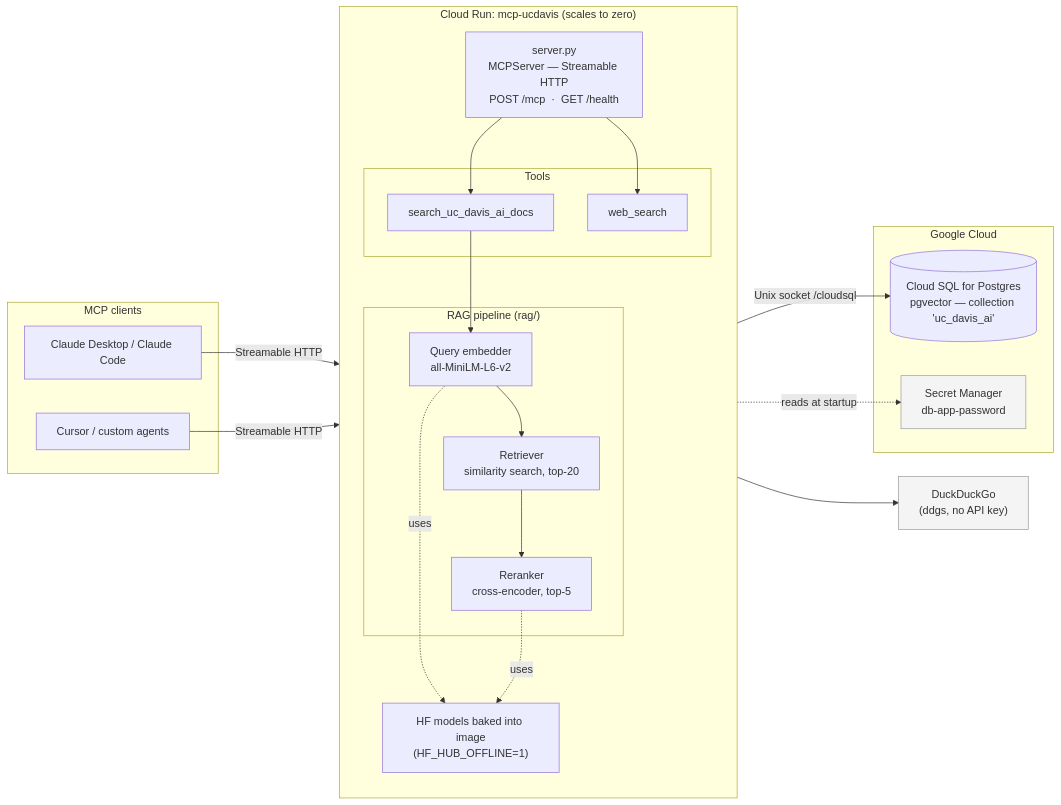
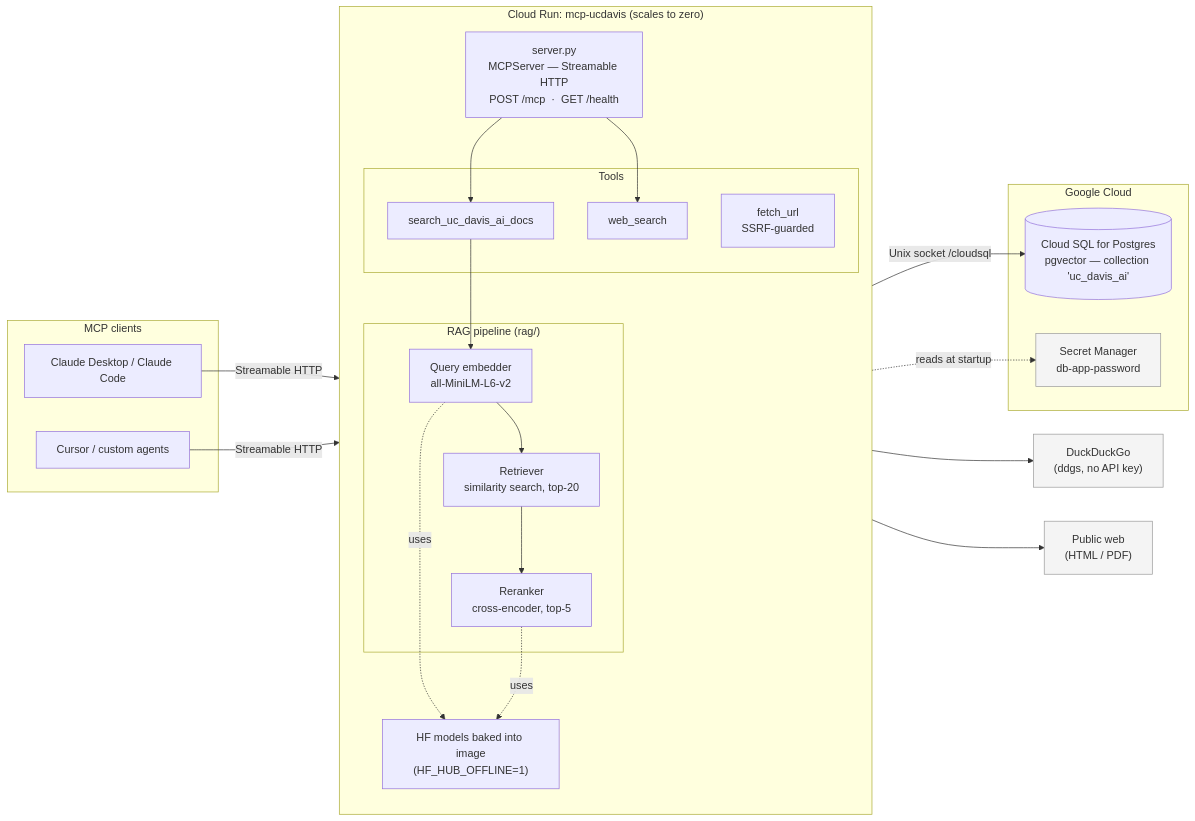
Before and after one commit to rithvikkatpelly/MCP_UCDavis: the first of 3 diagrams in README.md, drawn with Mermaid. The commit also changed other lines of this file and 9 other files, not shown here.

First line of the commit message:
Add fetch_url tool: SSRF-guarded URL fetch + HTML/PDF text extraction

````diff
--- a/README.md
+++ b/README.md
@@ -26,41 +27,44 @@
 ```mermaid
 flowchart LR
     subgraph clients["MCP clients"]
         C1["Claude Desktop / Claude Code"]
         C2["Cursor / custom agents"]
     end
 
     subgraph cr["Cloud Run: mcp-ucdavis (scales to zero)"]
         direction TB
         S["server.py<br/>MCPServer &mdash; Streamable HTTP<br/>POST /mcp &nbsp;&middot;&nbsp; GET /health"]
         subgraph tools["Tools"]
             T1["search_uc_davis_ai_docs"]
             T2["web_search"]
+            T3["fetch_url<br/>SSRF-guarded"]
         end
         subgraph rag["RAG pipeline (rag/)"]
             EMB["Query embedder<br/>all-MiniLM-L6-v2"]
             RET["Retriever<br/>similarity search, top-20"]
             RR["Reranker<br/>cross-encoder, top-5"]
         end
         MODELS["HF models baked into image<br/>(HF_HUB_OFFLINE=1)"]
         S --> T1 --> EMB --> RET --> RR
         S --> T2
         EMB -.uses.-> MODELS
         RR -.uses.-> MODELS
     end
 
     subgraph gcp["Google Cloud"]
         DB[("Cloud SQL for Postgres<br/>pgvector &mdash; collection 'uc_davis_ai'")]
         SM["Secret Manager<br/>db-app-password"]
     end
 
     DDG["DuckDuckGo<br/>(ddgs, no API key)"]
+    WEB["Public web<br/>(HTML / PDF)"]
 
     C1 & C2 -- "Streamable HTTP" --> S
     RET -- "Unix socket /cloudsql" --> DB
     T2 --> DDG
+    T3 --> WEB
     cr -. "reads at startup" .-> SM
 
     classDef ext fill:#f4f4f4,stroke:#999,color:#333;
-    class DDG,SM ext;
+    class DDG,SM,WEB ext;
 ```
````
